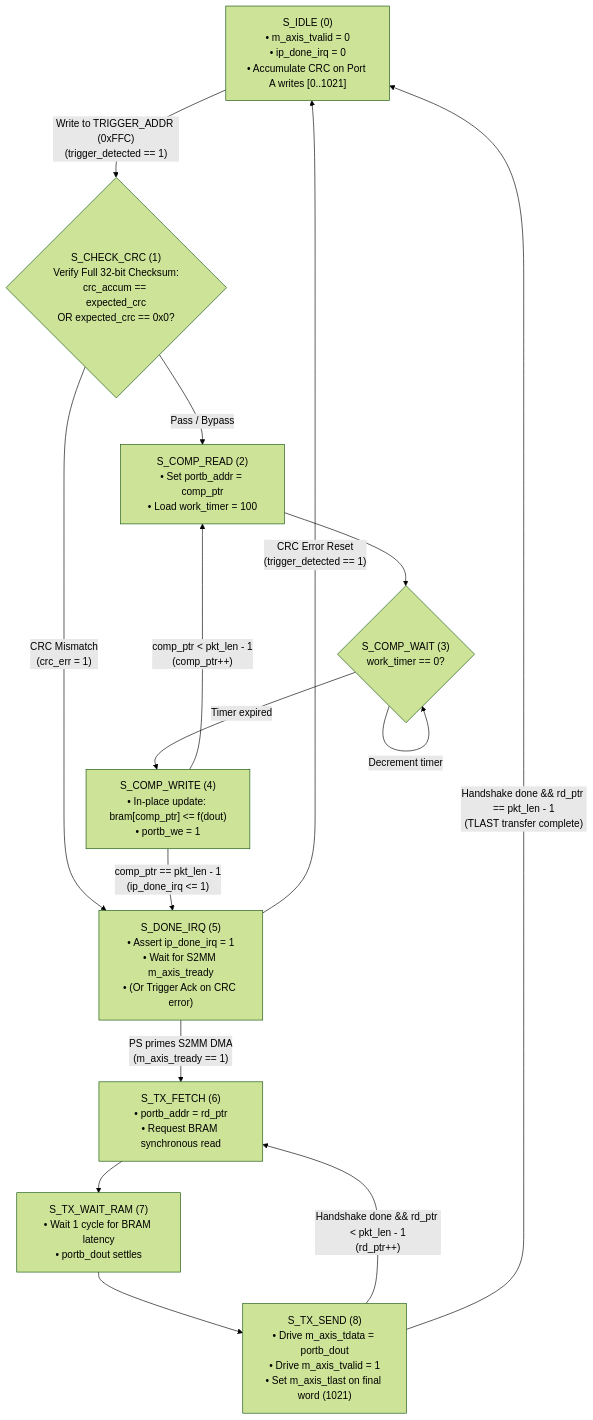
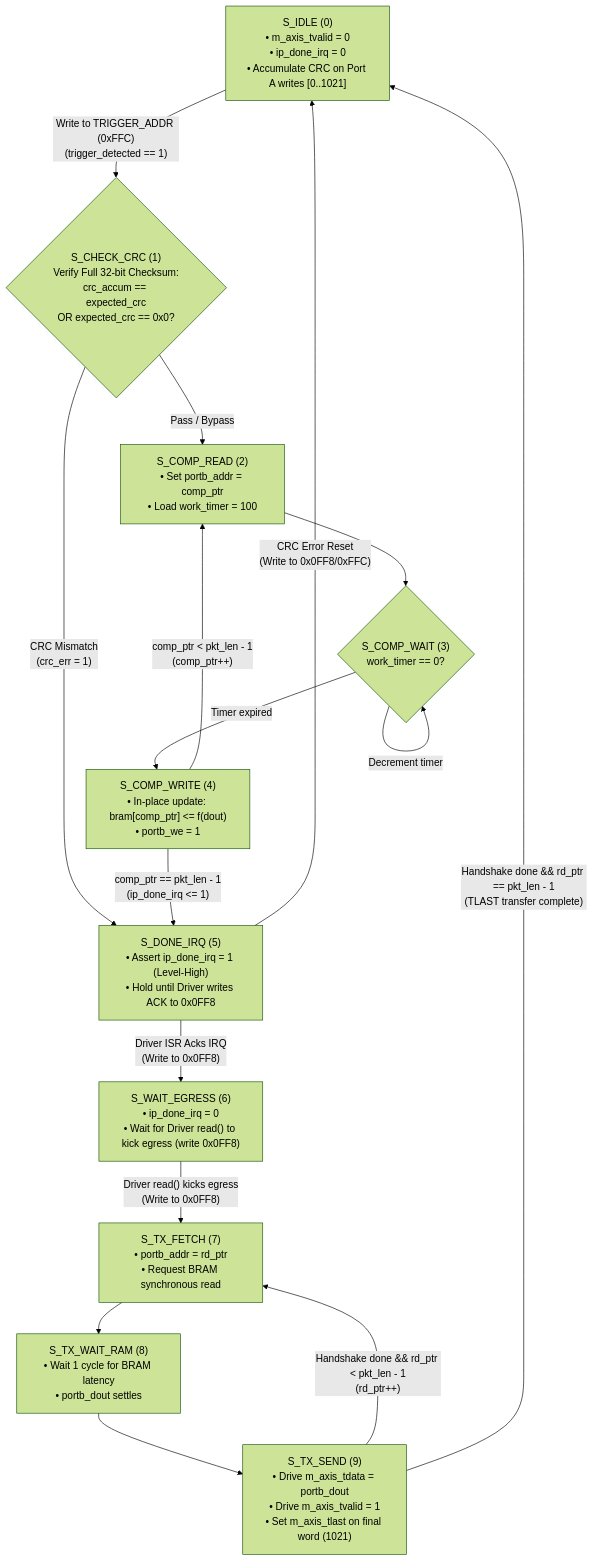
The first of 2 diagrams in hdl/IP_EXPLANATION.md (Birju09/pynq-z2-fpga-ip), drawn with Mermaid (forest theme) before and after one commit. The commit also changed other lines of this file and 1 other file, not shown here.

Commit message:
Fix the state machine and interrupt issue

````diff
--- a/hdl/IP_EXPLANATION.md
+++ b/hdl/IP_EXPLANATION.md
@@ -106,40 +107,44 @@
 ```mermaid
 flowchart TD
     IDLE["S_IDLE (0)<br>• m_axis_tvalid = 0<br>• ip_done_irq = 0<br>• Accumulate CRC on Port A writes [0..1021]"]
     
     CHECK_CRC{"S_CHECK_CRC (1)<br>Verify Full 32-bit Checksum:<br>crc_accum == expected_crc<br>OR expected_crc == 0x0?"}
     
     COMP_READ["S_COMP_READ (2)<br>• Set portb_addr = comp_ptr<br>• Load work_timer = 100"]
     
     COMP_WAIT{"S_COMP_WAIT (3)<br>work_timer == 0?"}
     
     COMP_WRITE["S_COMP_WRITE (4)<br>• In-place update: bram[comp_ptr] <= f(dout)<br>• portb_we = 1"]
     
-    DONE_IRQ["S_DONE_IRQ (5)<br>• Assert ip_done_irq = 1<br>• Wait for S2MM m_axis_tready<br>• (Or Trigger Ack on CRC error)"]
+    DONE_IRQ["S_DONE_IRQ (5)<br>• Assert ip_done_irq = 1 (Level-High)<br>• Hold until Driver writes ACK to 0x0FF8"]
     
-    TX_FETCH["S_TX_FETCH (6)<br>• portb_addr = rd_ptr<br>• Request BRAM synchronous read"]
+    WAIT_EGRESS["S_WAIT_EGRESS (6)<br>• ip_done_irq = 0<br>• Wait for Driver read() to kick egress (write 0x0FF8)"]
+
+    TX_FETCH["S_TX_FETCH (7)<br>• portb_addr = rd_ptr<br>• Request BRAM synchronous read"]
     
-    TX_WAIT["S_TX_WAIT_RAM (7)<br>• Wait 1 cycle for BRAM latency<br>• portb_dout settles"]
+    TX_WAIT["S_TX_WAIT_RAM (8)<br>• Wait 1 cycle for BRAM latency<br>• portb_dout settles"]
     
-    TX_SEND["S_TX_SEND (8)<br>• Drive m_axis_tdata = portb_dout<br>• Drive m_axis_tvalid = 1<br>• Set m_axis_tlast on final word (1021)"]
+    TX_SEND["S_TX_SEND (9)<br>• Drive m_axis_tdata = portb_dout<br>• Drive m_axis_tvalid = 1<br>• Set m_axis_tlast on final word (1021)"]
 
     IDLE -->|"Write to TRIGGER_ADDR (0xFFC)<br>(trigger_detected == 1)"| CHECK_CRC
     CHECK_CRC -->|"Pass / Bypass"| COMP_READ
     CHECK_CRC -->|"CRC Mismatch<br>(crc_err = 1)"| DONE_IRQ
     
     COMP_READ --> COMP_WAIT
     COMP_WAIT -->|"Decrement timer"| COMP_WAIT
     COMP_WAIT -->|"Timer expired"| COMP_WRITE
     
     COMP_WRITE -->|"comp_ptr < pkt_len - 1<br>(comp_ptr++)"| COMP_READ
     COMP_WRITE -->|"comp_ptr == pkt_len - 1<br>(ip_done_irq <= 1)"| DONE_IRQ
     
-    DONE_IRQ -->|"PS primes S2MM DMA<br>(m_axis_tready == 1)"| TX_FETCH
-    DONE_IRQ -->|"CRC Error Reset<br>(trigger_detected == 1)"| IDLE
+    DONE_IRQ -->|"Driver ISR Acks IRQ<br>(Write to 0x0FF8)"| WAIT_EGRESS
+    DONE_IRQ -->|"CRC Error Reset<br>(Write to 0x0FF8/0xFFC)"| IDLE
     
+    WAIT_EGRESS -->|"Driver read() kicks egress<br>(Write to 0x0FF8)"| TX_FETCH
+
     TX_FETCH --> TX_WAIT
     TX_WAIT --> TX_SEND
     
     TX_SEND -->|"Handshake done && rd_ptr < pkt_len - 1<br>(rd_ptr++)"| TX_FETCH
     TX_SEND -->|"Handshake done && rd_ptr == pkt_len - 1<br>(TLAST transfer complete)"| IDLE
 ```
````
